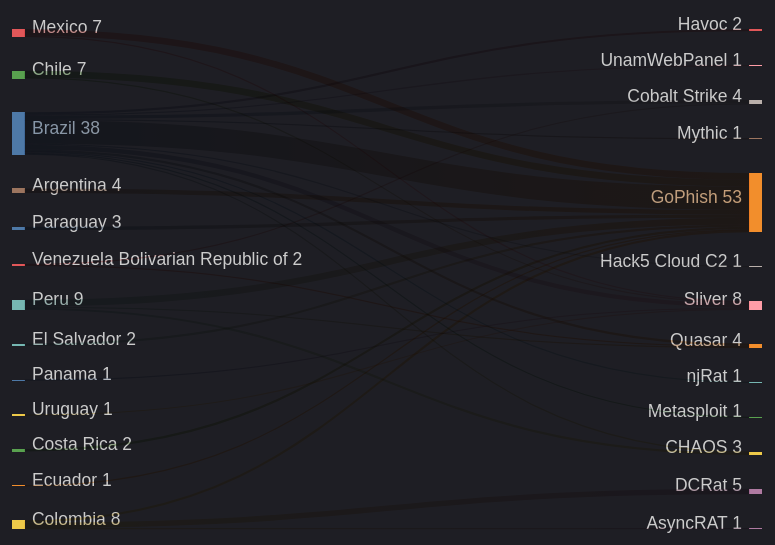
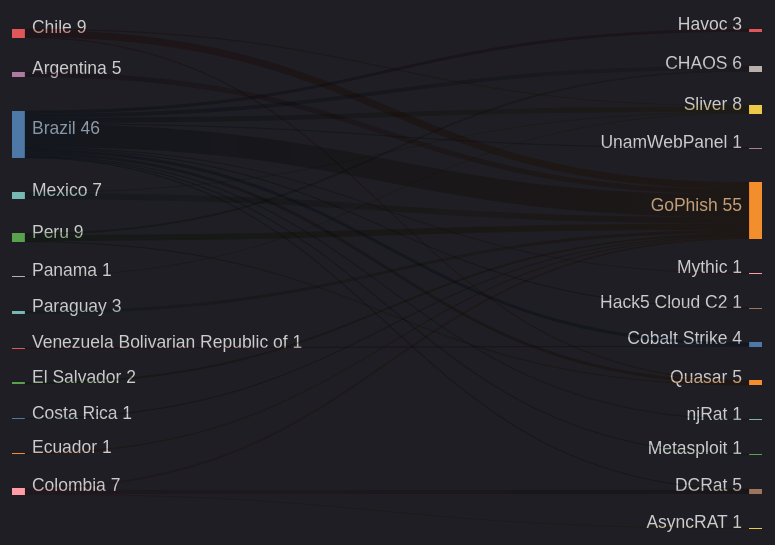
One commit to ZoqueLabs/website changed the fifth of 8 diagrams in zolim.md. Above: the diagram before and after it, drawn with Mermaid. The commit also changed other lines of this file, not shown here.

````diff
--- a/zolim.md
+++ b/zolim.md
@@ -114,38 +114,38 @@
 ```mermaid
 ---
 config:
   theme: dark
 ---
 %% Country → Threat (top)
 sankey-beta
-  Brazil,GoPhish,21
+  Brazil,GoPhish,22
+  Chile,GoPhish,7
   Mexico,GoPhish,6
   Peru,GoPhish,6
-  Chile,GoPhish,6
-  Colombia,DCRat,5
-  Brazil,Sliver,4
-  Argentina,GoPhish,4
+  Brazil,Sliver,5
+  Argentina,GoPhish,5
+  Colombia,DCRat,4
+  Brazil,CHAOS,4
   Brazil,Cobalt Strike,3
+  Brazil,Quasar,3
+  Brazil,Havoc,3
   Paraguay,GoPhish,3
-  Brazil,Quasar,2
-  Brazil,Havoc,2
   El Salvador,GoPhish,2
-  Costa Rica,GoPhish,2
   Colombia,GoPhish,2
   Peru,CHAOS,2
   Colombia,AsyncRAT,1
   Brazil,UnamWebPanel,1
   Brazil,Mythic,1
   Brazil,Hack5 Cloud C2,1
   Mexico,Sliver,1
   Panama,Sliver,1
   Peru,Quasar,1
+  Costa Rica,GoPhish,1
   Ecuador,GoPhish,1
+  Brazil,DCRat,1
+  Chile,Quasar,1
   Venezuela  Bolivarian Republic of,Cobalt Strike,1
   Chile,Sliver,1
   Brazil,njRat,1
-  Brazil,CHAOS,1
   Brazil,Metasploit,1
-  Uruguay,Sliver,1
-  Venezuela  Bolivarian Republic of,Quasar,1
 ```
````
